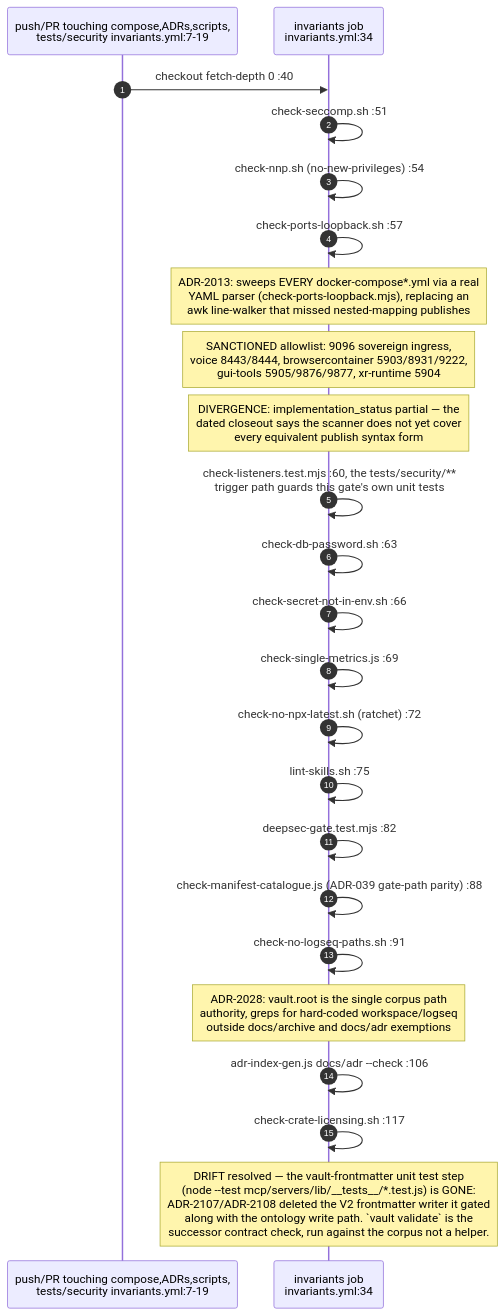
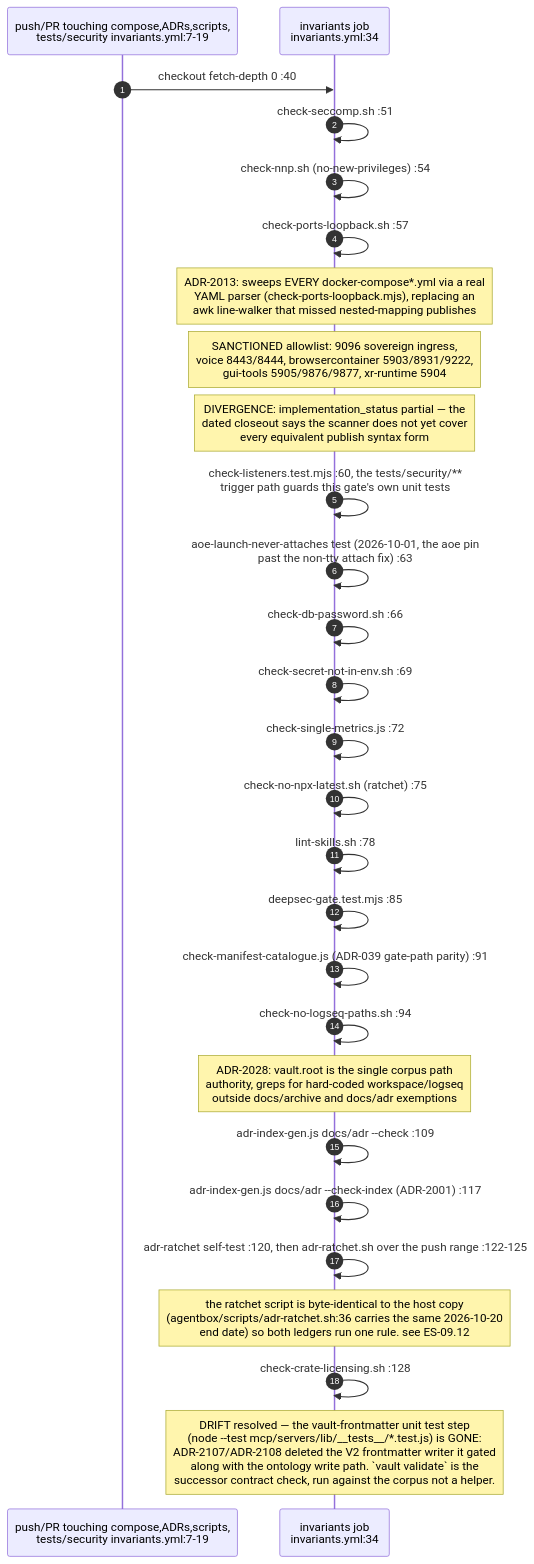
Before and after one commit to DreamLab-AI/VisionFlow: diagram 15 of 23 in docs/diagrams/estate/09-build-deploy-and-ci-estate.md, drawn with Mermaid. The commit also changed other lines of this file and 94 other files, not shown here.

First line of the commit message:
docs(diagrams): re-verify 130 topics against 2 October HEADs

````diff
--- a/docs/diagrams/estate/09-build-deploy-and-ci-estate.md
+++ b/docs/diagrams/estate/09-build-deploy-and-ci-estate.md
@@ -517,27 +529,31 @@
 ```mermaid
 sequenceDiagram
     autonumber
     participant GH as push/PR touching compose,ADRs,scripts,<br/>tests/security invariants.yml:7-19
     participant J as invariants job<br/>invariants.yml:34
 
     GH->>J: checkout fetch-depth 0 :40
     J->>J: check-seccomp.sh :51
     J->>J: check-nnp.sh (no-new-privileges) :54
     J->>J: check-ports-loopback.sh :57
     Note over J: ADR-2013: sweeps EVERY docker-compose*.yml via a real<br/>YAML parser (check-ports-loopback.mjs), replacing an<br/>awk line-walker that missed nested-mapping publishes
     Note over J: SANCTIONED allowlist: 9096 sovereign ingress,<br/>voice 8443/8444, browsercontainer 5903/8931/9222,<br/>gui-tools 5905/9876/9877, xr-runtime 5904
     Note over J: DIVERGENCE: implementation_status partial — the<br/>dated closeout says the scanner does not yet cover<br/>every equivalent publish syntax form
     J->>J: check-listeners.test.mjs :60, the tests/security/**<br/>trigger path guards this gate's own unit tests
-    J->>J: check-db-password.sh :63
-    J->>J: check-secret-not-in-env.sh :66
-    J->>J: check-single-metrics.js :69
-    J->>J: check-no-npx-latest.sh (ratchet) :72
-    J->>J: lint-skills.sh :75
-    J->>J: deepsec-gate.test.mjs :82
-    J->>J: check-manifest-catalogue.js (ADR-039 gate-path parity) :88
-    J->>J: check-no-logseq-paths.sh :91
+    J->>J: aoe-launch-never-attaches test (2026-10-01, the aoe pin<br/>past the non-tty attach fix) :63
+    J->>J: check-db-password.sh :66
+    J->>J: check-secret-not-in-env.sh :69
+    J->>J: check-single-metrics.js :72
+    J->>J: check-no-npx-latest.sh (ratchet) :75
+    J->>J: lint-skills.sh :78
+    J->>J: deepsec-gate.test.mjs :85
+    J->>J: check-manifest-catalogue.js (ADR-039 gate-path parity) :91
+    J->>J: check-no-logseq-paths.sh :94
     Note over J: ADR-2028: vault.root is the single corpus path<br/>authority, greps for hard-coded workspace/logseq<br/>outside docs/archive and docs/adr exemptions
-    J->>J: adr-index-gen.js docs/adr --check :106
-    J->>J: check-crate-licensing.sh :117
+    J->>J: adr-index-gen.js docs/adr --check :109
+    J->>J: adr-index-gen.js docs/adr --check-index (ADR-2001) :117
+    J->>J: adr-ratchet self-test :120, then adr-ratchet.sh over the push range :122-125
+    Note over J: the ratchet script is byte-identical to the host copy<br/>(agentbox/scripts/adr-ratchet.sh:36 carries the same 2026-10-20<br/>end date) so both ledgers run one rule. see ES-09.12
+    J->>J: check-crate-licensing.sh :128
     Note over J: DRIFT resolved — the vault-frontmatter unit test step<br/>(node --test mcp/servers/lib/__tests__/*.test.js) is GONE:<br/>ADR-2107/ADR-2108 deleted the V2 frontmatter writer it gated<br/>along with the ontology write path. `vault validate` is the<br/>successor contract check, run against the corpus not a helper.
 ```
````
